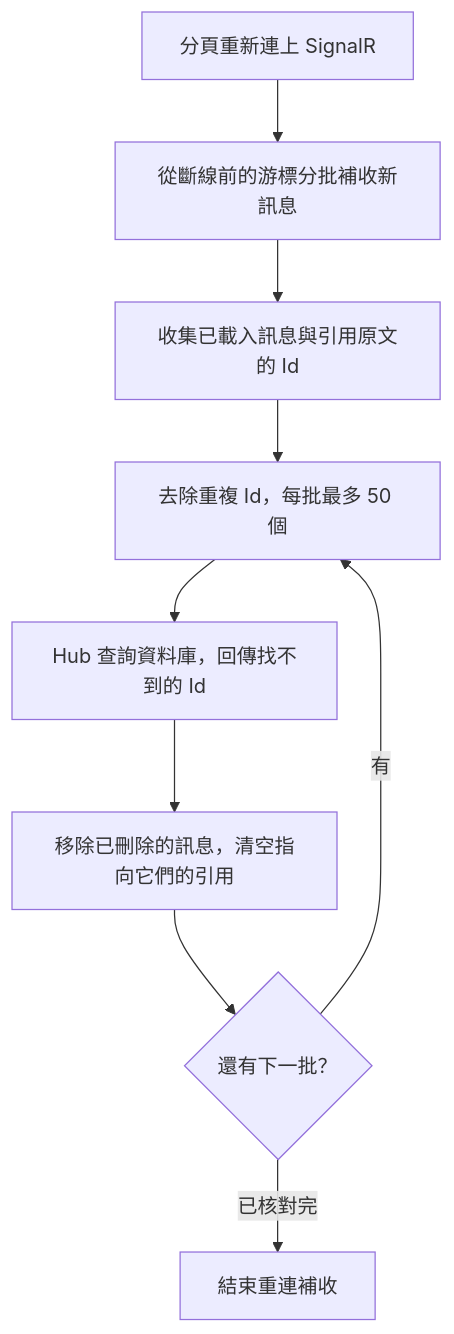
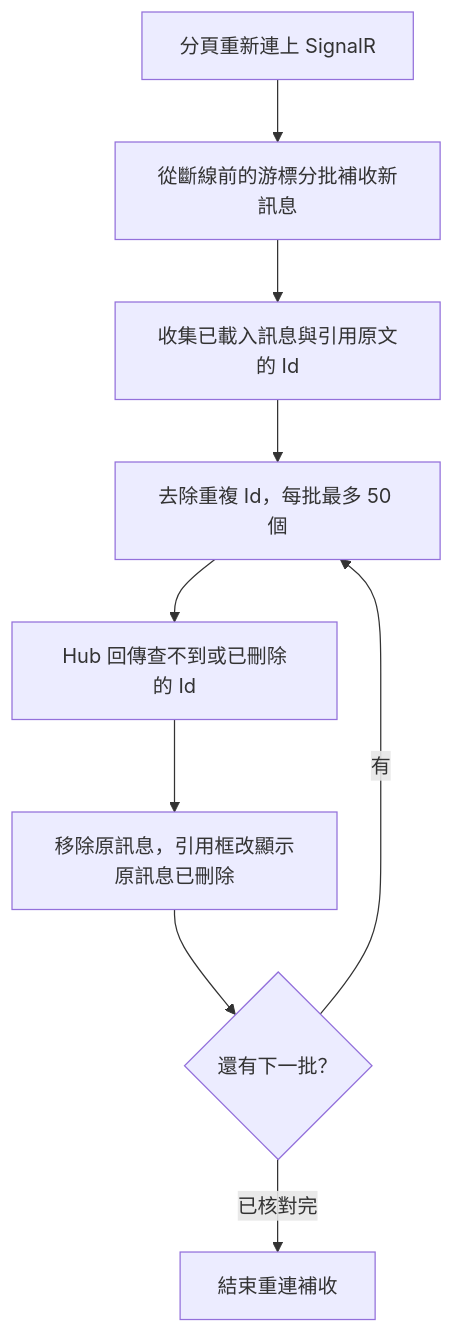
Before and after one commit to zxcvbn848/AspNetLearning: the diagram in docs/30-chat-reconnect-deletions.md, drawn with Mermaid. The commit also changed other lines of this file and 13 other files, not shown here.

````diff
--- a/docs/30-chat-reconnect-deletions.md
+++ b/docs/30-chat-reconnect-deletions.md
@@ -5,11 +5,11 @@
 ```mermaid
 flowchart TD
     A["分頁重新連上 SignalR"] --> B["從斷線前的游標分批補收新訊息"]
     B --> C["收集已載入訊息與引用原文的 Id"]
     C --> D["去除重複 Id，每批最多 50 個"]
-    D --> E["Hub 查詢資料庫，回傳找不到的 Id"]
-    E --> F["移除已刪除的訊息，清空指向它們的引用"]
+    D --> E["Hub 回傳查不到或已刪除的 Id"]
+    E --> F["移除原訊息，引用框改顯示原訊息已刪除"]
     F --> G{"還有下一批？"}
     G -->|有| D
     G -->|已核對完| H["結束重連補收"]
 ```
````
